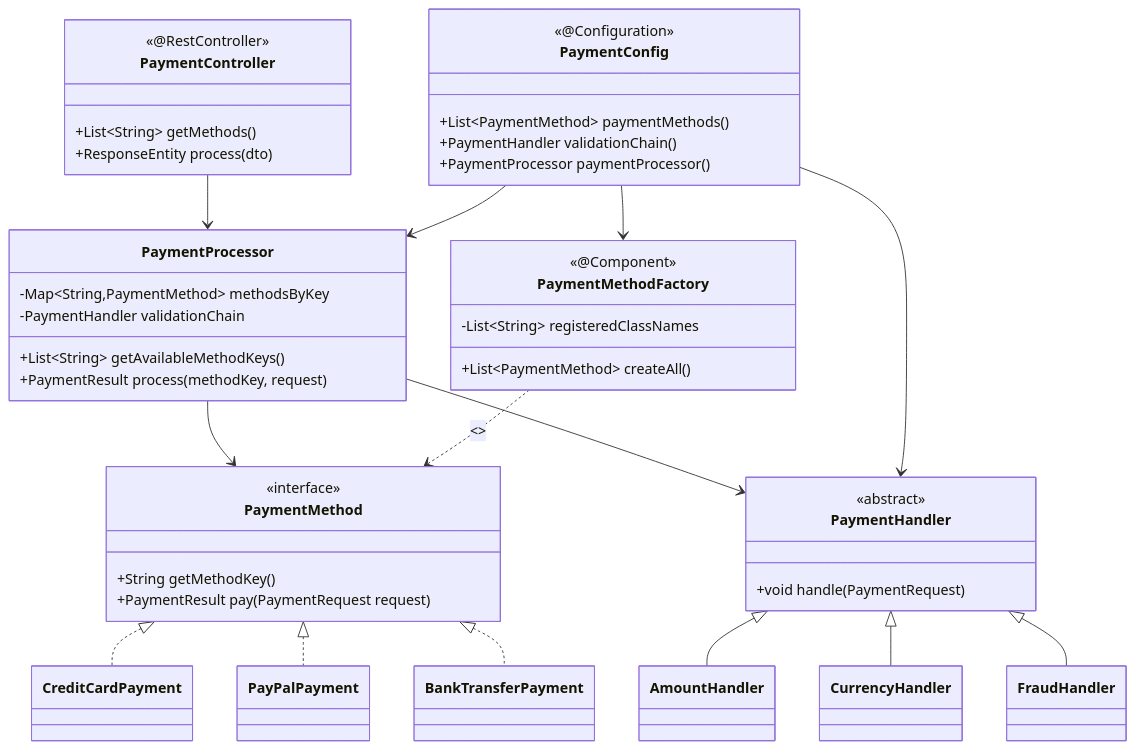
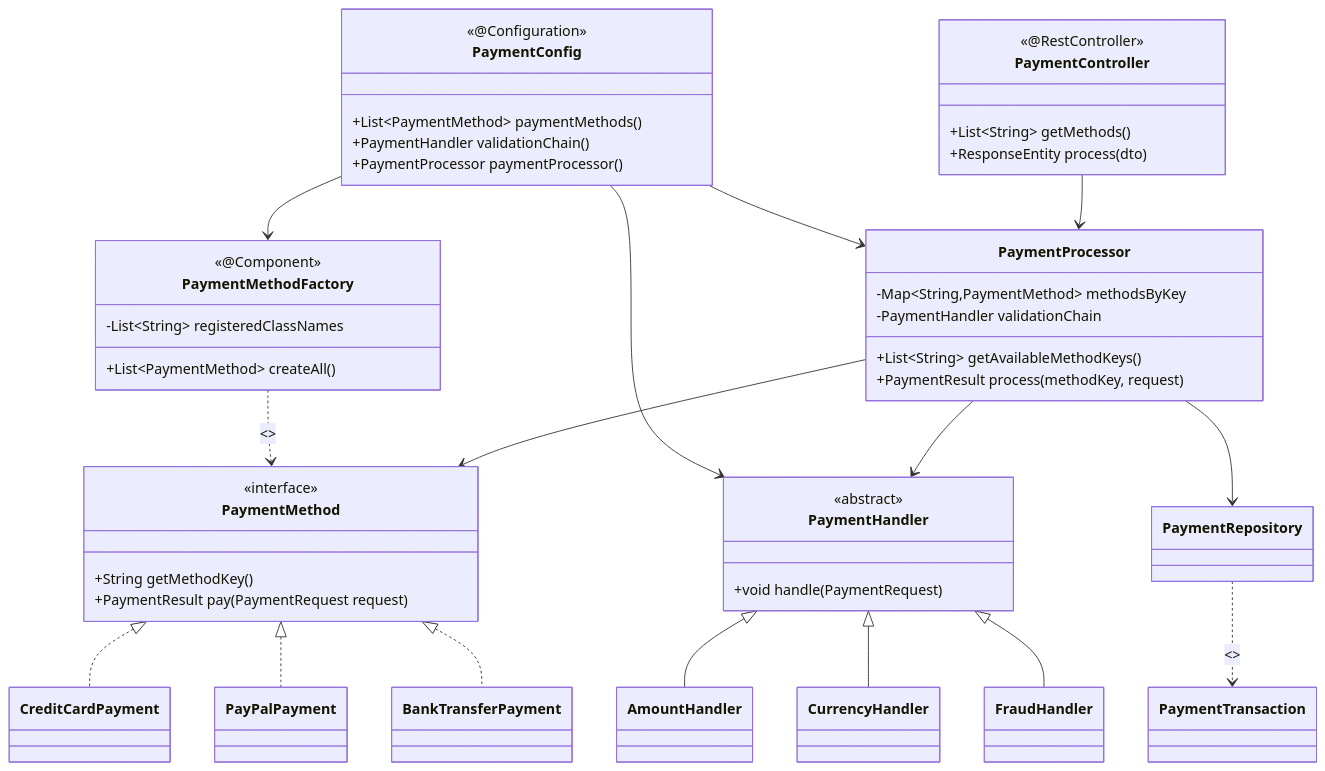
The first of 2 diagrams in README.md (SamedBilginAlternet/n11_final), drawn with Mermaid before and after one commit. The commit also changed other lines of this file, not shown here.

````diff
--- a/README.md
+++ b/README.md
@@ -134,60 +139,62 @@
 ```mermaid
 classDiagram
     class PaymentMethod {
       <<interface>>
       +String getMethodKey()
       +PaymentResult pay(PaymentRequest request)
     }
 
     class PaymentMethodFactory {
       <<@Component>>
       -List~String~ registeredClassNames
       +List~PaymentMethod~ createAll()
     }
 
     class PaymentConfig {
       <<@Configuration>>
       +List~PaymentMethod~ paymentMethods()
       +PaymentHandler validationChain()
       +PaymentProcessor paymentProcessor()
     }
 
     class PaymentController {
       <<@RestController>>
       +List~String~ getMethods()
       +ResponseEntity process(dto)
     }
 
     class PaymentProcessor {
       -Map~String,PaymentMethod~ methodsByKey
       -PaymentHandler validationChain
       +List~String~ getAvailableMethodKeys()
       +PaymentResult process(methodKey, request)
     }
 
     class PaymentHandler {
       <<abstract>>
       +void handle(PaymentRequest)
     }
 
     class CreditCardPayment
     class PayPalPayment
     class BankTransferPayment
     class AmountHandler
     class CurrencyHandler
     class FraudHandler
 
     PaymentMethod <|.. CreditCardPayment
     PaymentMethod <|.. PayPalPayment
     PaymentMethod <|.. BankTransferPayment
     PaymentMethodFactory ..> PaymentMethod : <<reflection>>
     PaymentConfig --> PaymentMethodFactory
     PaymentConfig --> PaymentProcessor
     PaymentConfig --> PaymentHandler
     PaymentController --> PaymentProcessor
     PaymentProcessor --> PaymentHandler
     PaymentProcessor --> PaymentMethod
+    PaymentProcessor --> PaymentRepository
     PaymentHandler <|-- AmountHandler
     PaymentHandler <|-- CurrencyHandler
     PaymentHandler <|-- FraudHandler
+    PaymentRepository ..> PaymentTransaction : <<saves>>
 ```
````
